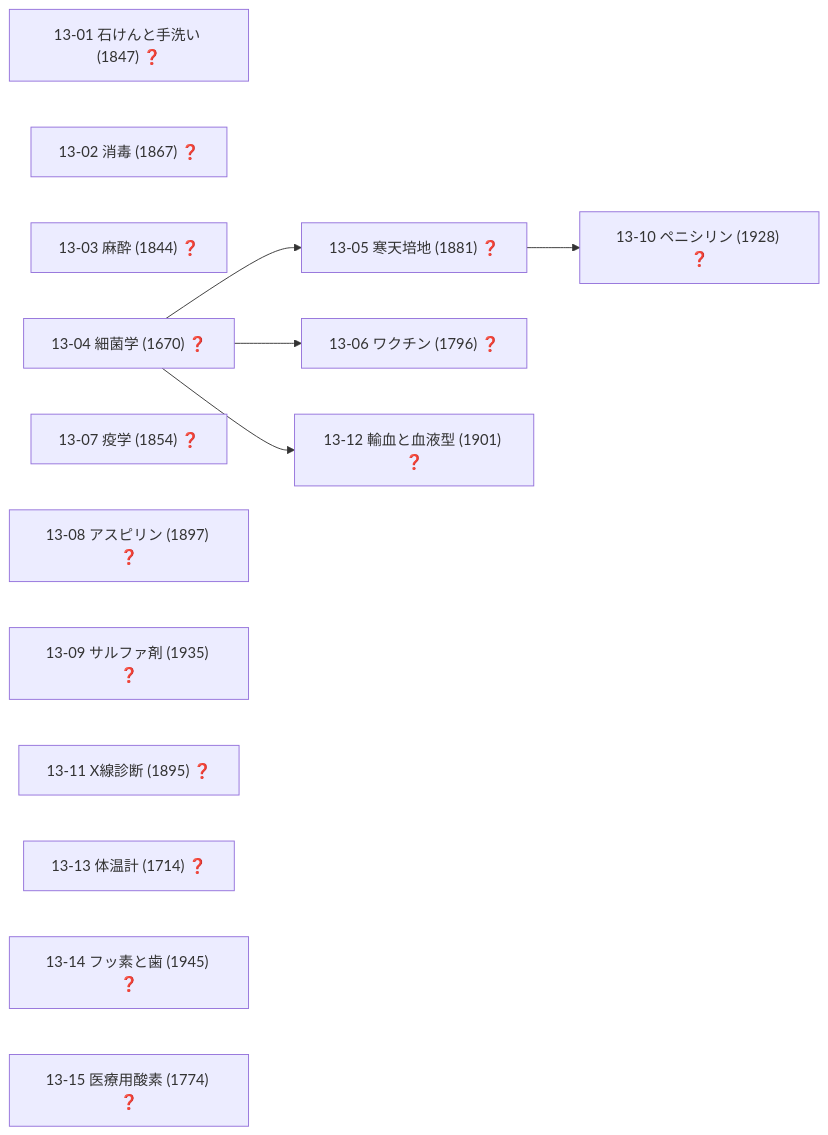
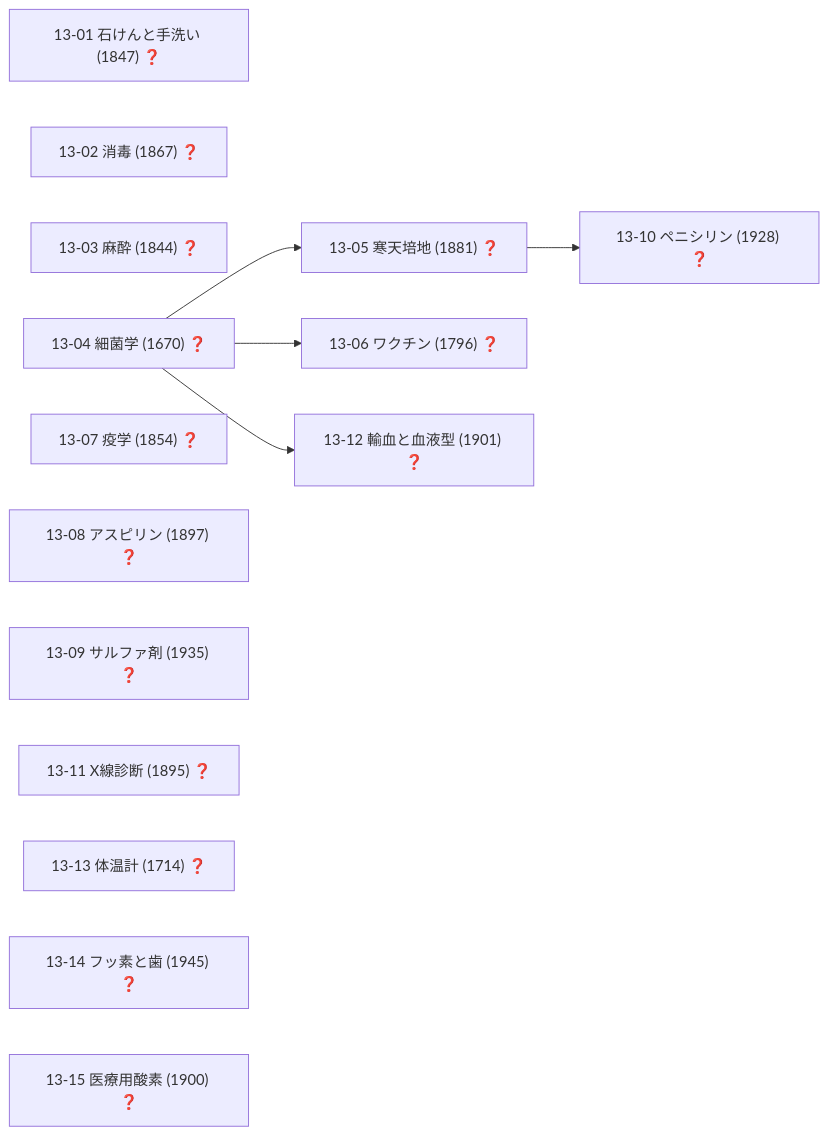
Before and after one commit to taku3i0317-collab/semiconductor-lab: diagram 16 of 19 in docs/TECH_TREE_VIEW.md, drawn with Mermaid. The commit also changed other lines of this file and 7 other files, not shown here.

````diff
--- a/docs/TECH_TREE_VIEW.md
+++ b/docs/TECH_TREE_VIEW.md
@@ -724,22 +724,22 @@
 ```mermaid
 graph LR
   n13_01["13-01 石けんと手洗い (1847) ❓"]
   n13_02["13-02 消毒 (1867) ❓"]
   n13_03["13-03 麻酔 (1844) ❓"]
   n13_04["13-04 細菌学 (1670) ❓"]
   n13_05["13-05 寒天培地 (1881) ❓"]
   n13_06["13-06 ワクチン (1796) ❓"]
   n13_07["13-07 疫学 (1854) ❓"]
   n13_08["13-08 アスピリン (1897) ❓"]
   n13_09["13-09 サルファ剤 (1935) ❓"]
   n13_10["13-10 ペニシリン (1928) ❓"]
   n13_11["13-11 X線診断 (1895) ❓"]
   n13_12["13-12 輸血と血液型 (1901) ❓"]
   n13_13["13-13 体温計 (1714) ❓"]
   n13_14["13-14 フッ素と歯 (1945) ❓"]
-  n13_15["13-15 医療用酸素 (1774) ❓"]
+  n13_15["13-15 医療用酸素 (1900) ❓"]
   n13_04-->n13_05
   n13_04-->n13_06
   n13_05-->n13_10
   n13_04-->n13_12
 ```
````
